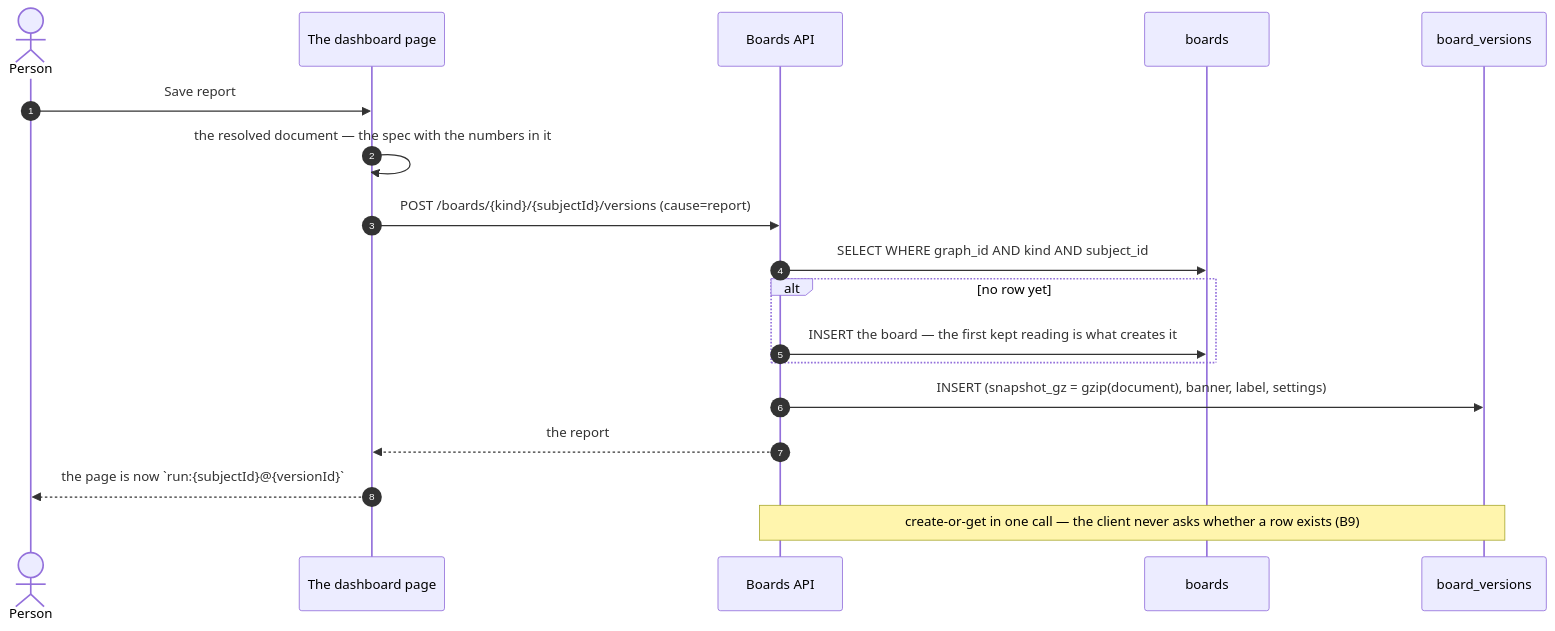
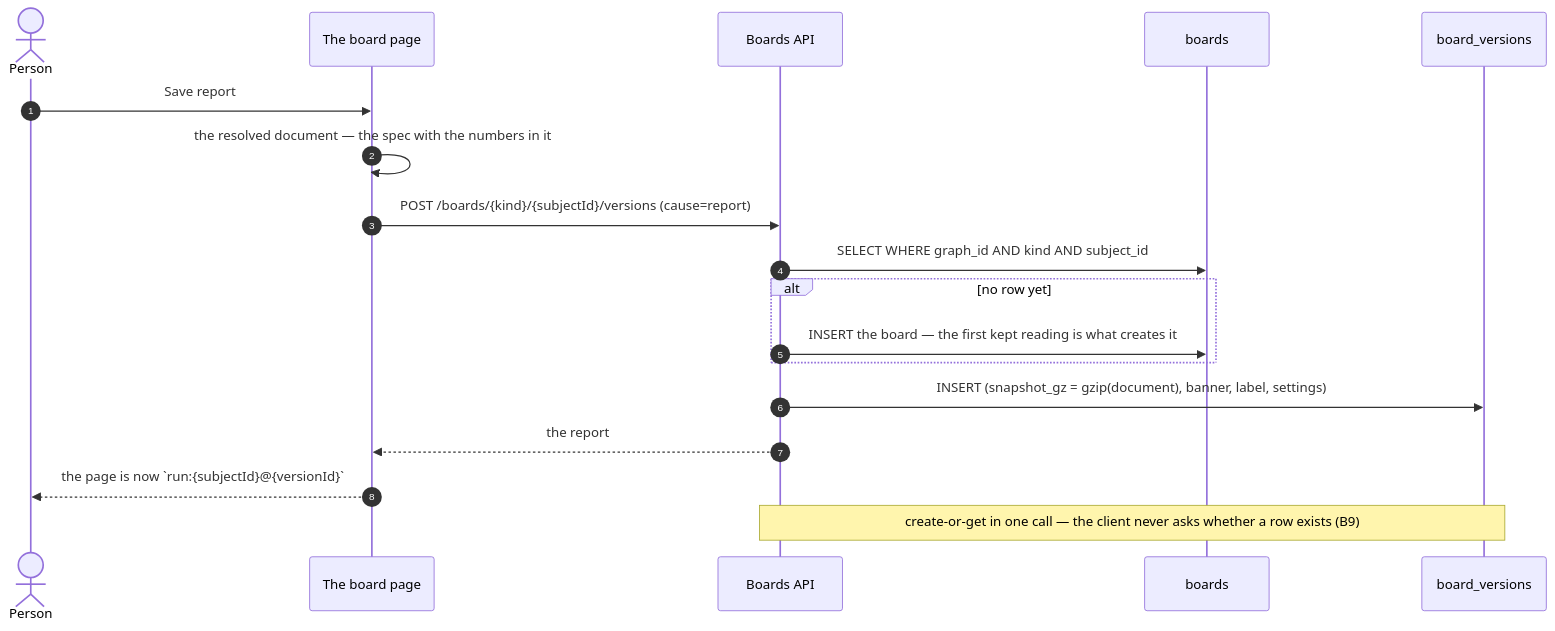
One commit to invana/invana changed the sixth of 8 diagrams in docs/for-developers/building-engine/boards-migration.md. Above: the diagram before and after it, drawn with Mermaid. The commit also changed other lines of this file and 130 other files, not shown here.

First line of the commit message:
refactor: there is no dashboard — every surface is a board

````diff
--- a/docs/for-developers/building-engine/boards-migration.md
+++ b/docs/for-developers/building-engine/boards-migration.md
@@ -471,21 +471,21 @@
 ```mermaid
 sequenceDiagram
     autonumber
     actor U as Person
-    participant PG as The dashboard page
+    participant PG as The board page
     participant API as Boards API
     participant DB as boards
     participant VER as board_versions
 
     U->>PG: Save report
     PG->>PG: the resolved document — the spec with the numbers in it
     PG->>API: POST /boards/{kind}/{subjectId}/versions (cause=report)
     API->>DB: SELECT WHERE graph_id AND kind AND subject_id
     alt no row yet
         API->>DB: INSERT the board — the first kept reading is what creates it
     end
     API->>VER: INSERT (snapshot_gz = gzip(document), banner, label, settings)
     API-->>PG: the report
     PG-->>U: the page is now `run:{subjectId}@{versionId}`
     Note over API,VER: create-or-get in one call — the client never asks whether a row exists (B9)
 ```
````
